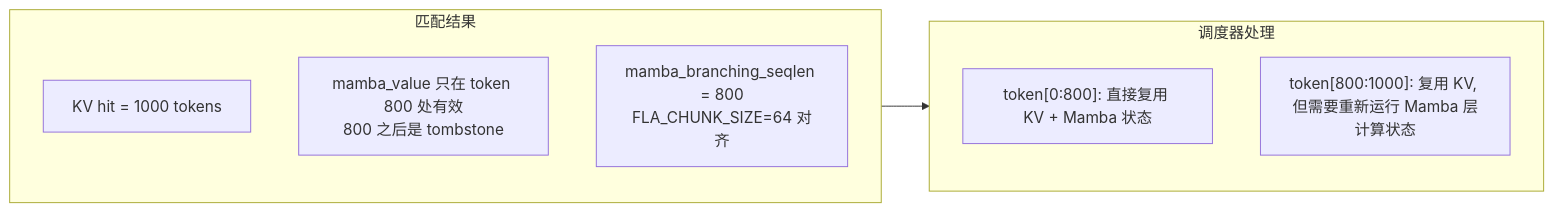
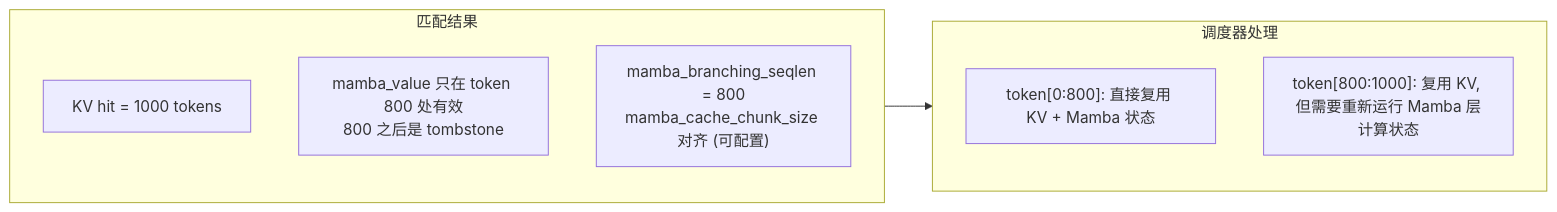
Diagram 18 of 19 in SGLang/07-radix-cache.md (wesleyck/AIInfraNotes), drawn with Mermaid before and after one commit. The commit also changed other lines of this file and 26 other files, not shown here.

````diff
--- a/SGLang/07-radix-cache.md
+++ b/SGLang/07-radix-cache.md
@@ -969,15 +1037,15 @@
 ```mermaid
 flowchart LR
     subgraph MatchResult["匹配结果"]
         MR1["KV hit = 1000 tokens"]
         MR2["mamba_value 只在 token 800 处有效<br/>800 之后是 tombstone"]
-        MR3["mamba_branching_seqlen = 800<br/>FLA_CHUNK_SIZE=64 对齐"]
+        MR3["mamba_branching_seqlen = 800<br/>mamba_cache_chunk_size 对齐 (可配置)"]
     end
 
     subgraph SchedulerAction["调度器处理"]
         SA1["token[0:800]: 直接复用 KV + Mamba 状态"]
         SA2["token[800:1000]: 复用 KV, 但需要重新运行 Mamba 层计算状态"]
     end
 
     MatchResult --> SchedulerAction
 ```
````
